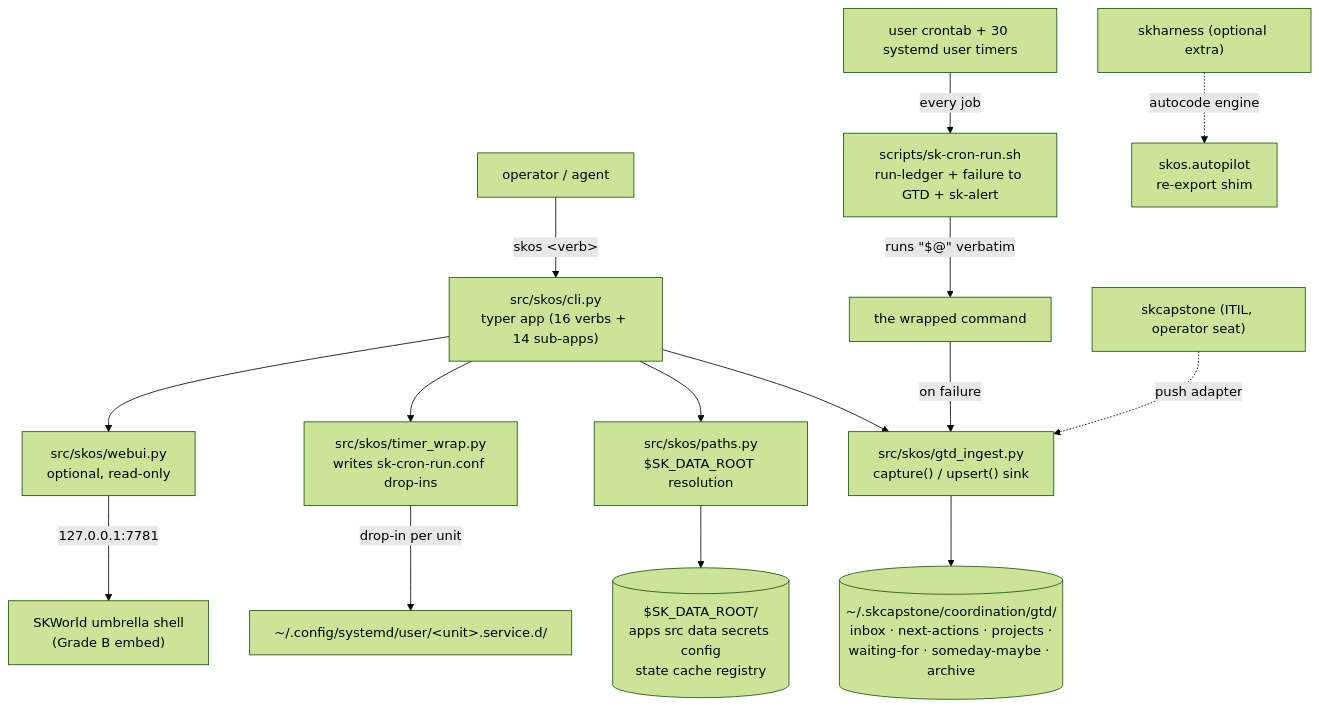
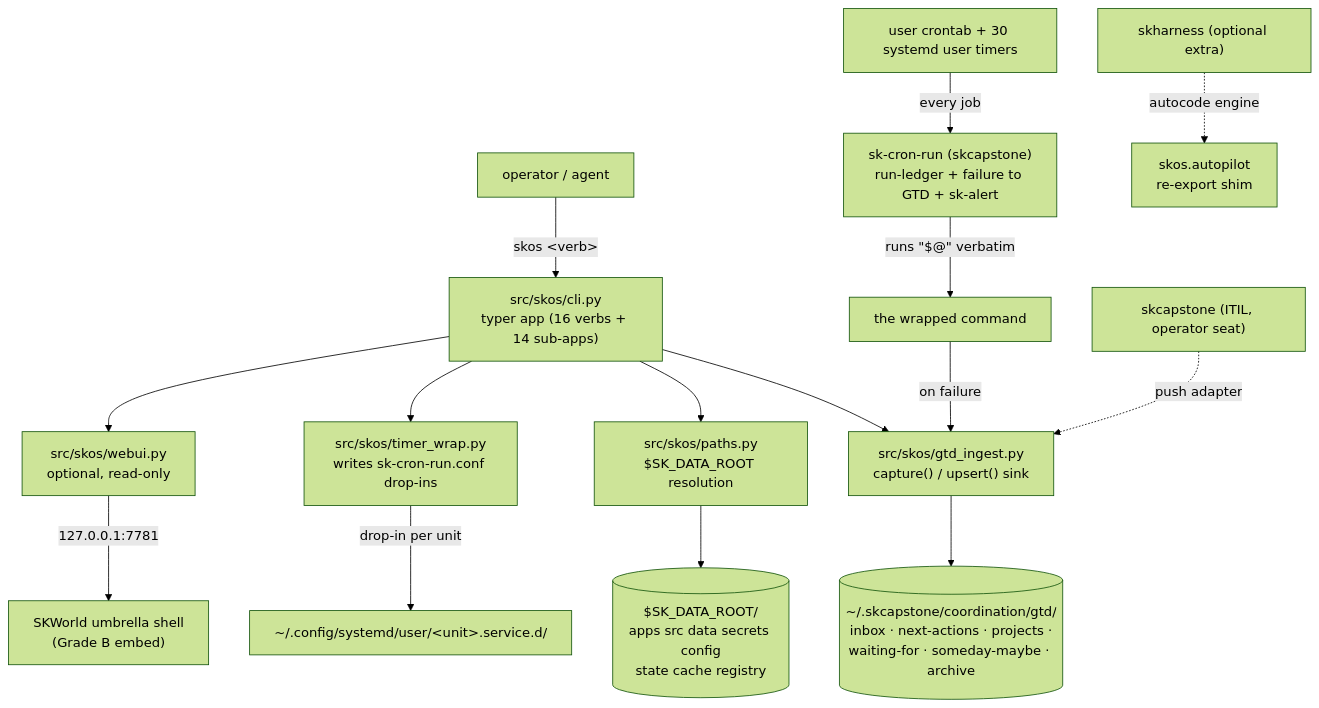
One commit to smilinTux/skos changed the diagram in SOP.md. Above: the diagram before and after it, drawn with Mermaid (forest theme). The commit also changed other lines of this file and 17 other files, not shown here.

First line of the commit message:
feat(schedule): point the runner at the installed sk-cron-run command (#51)

````diff
--- a/SOP.md
+++ b/SOP.md
@@ -53,20 +53,20 @@
 ```mermaid
 flowchart TD
     OP["operator / agent"] -->|"skos &lt;verb&gt;"| CLI["src/skos/cli.py<br/>typer app (16 verbs + 14 sub-apps)"]
-    CRON["user crontab + 30 systemd user timers"] -->|"every job"| RUN["scripts/sk-cron-run.sh<br/>run-ledger + failure to GTD + sk-alert"]
+    CRON["user crontab + 30 systemd user timers"] -->|"every job"| RUN["sk-cron-run (skcapstone)<br/>run-ledger + failure to GTD + sk-alert"]
     RUN -->|"runs &quot;$@&quot; verbatim"| JOB["the wrapped command"]
 
     CLI --> PATHS["src/skos/paths.py<br/>$SK_DATA_ROOT resolution"]
     CLI --> GTD["src/skos/gtd_ingest.py<br/>capture() / upsert() sink"]
     CLI --> TW["src/skos/timer_wrap.py<br/>writes sk-cron-run.conf drop-ins"]
     CLI --> WEB["src/skos/webui.py<br/>optional, read-only"]
 
     JOB -->|"on failure"| GTD
     GTD --> STORE[("~/.skcapstone/coordination/gtd/<br/>inbox · next-actions · projects ·<br/>waiting-for · someday-maybe · archive")]
     PATHS --> ROOT[("$SK_DATA_ROOT/<br/>apps src data secrets config<br/>state cache registry")]
     TW -->|"drop-in per unit"| SD["~/.config/systemd/user/&lt;unit&gt;.service.d/"]
     WEB -->|"127.0.0.1:7781"| SHELL["SKWorld umbrella shell<br/>(Grade B embed)"]
 
     SKC["skcapstone (ITIL, operator seat)"] -.->|"push adapter"| GTD
     SKH["skharness (optional extra)"] -.->|"autocode engine"| AP["skos.autopilot<br/>re-export shim"]
 ```
````
